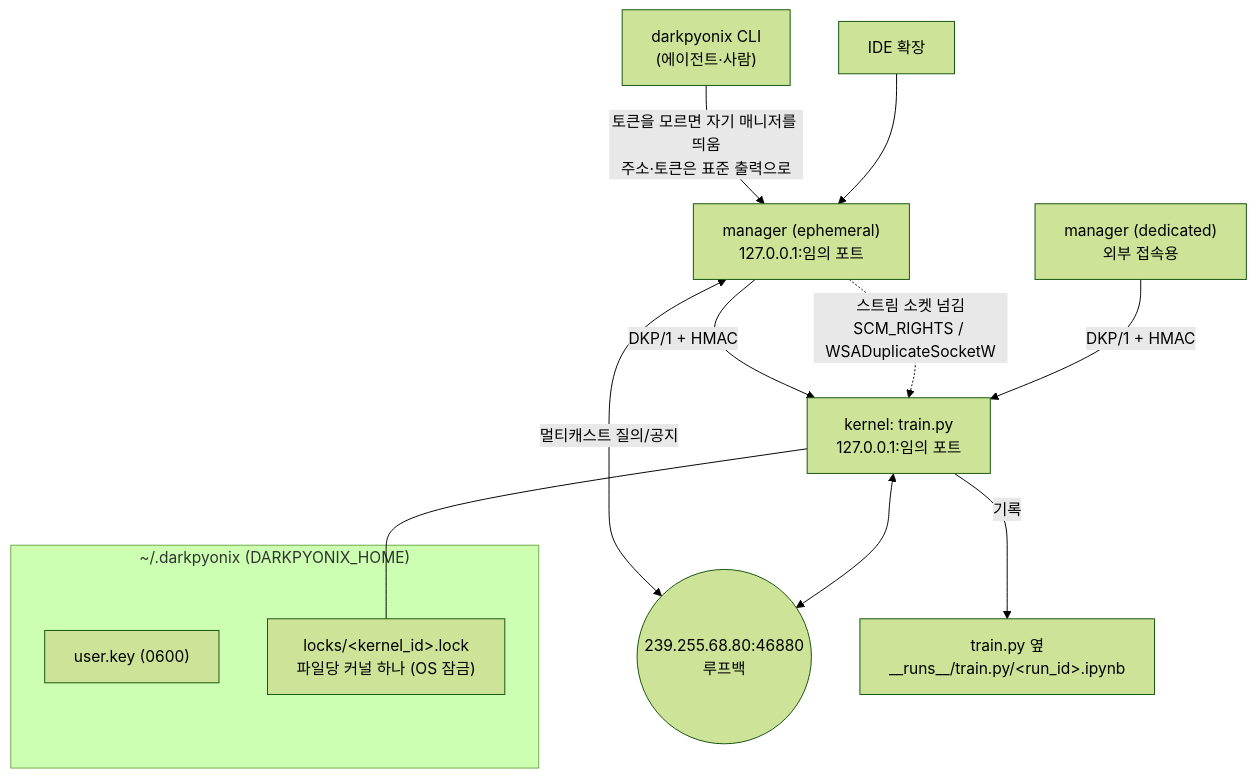
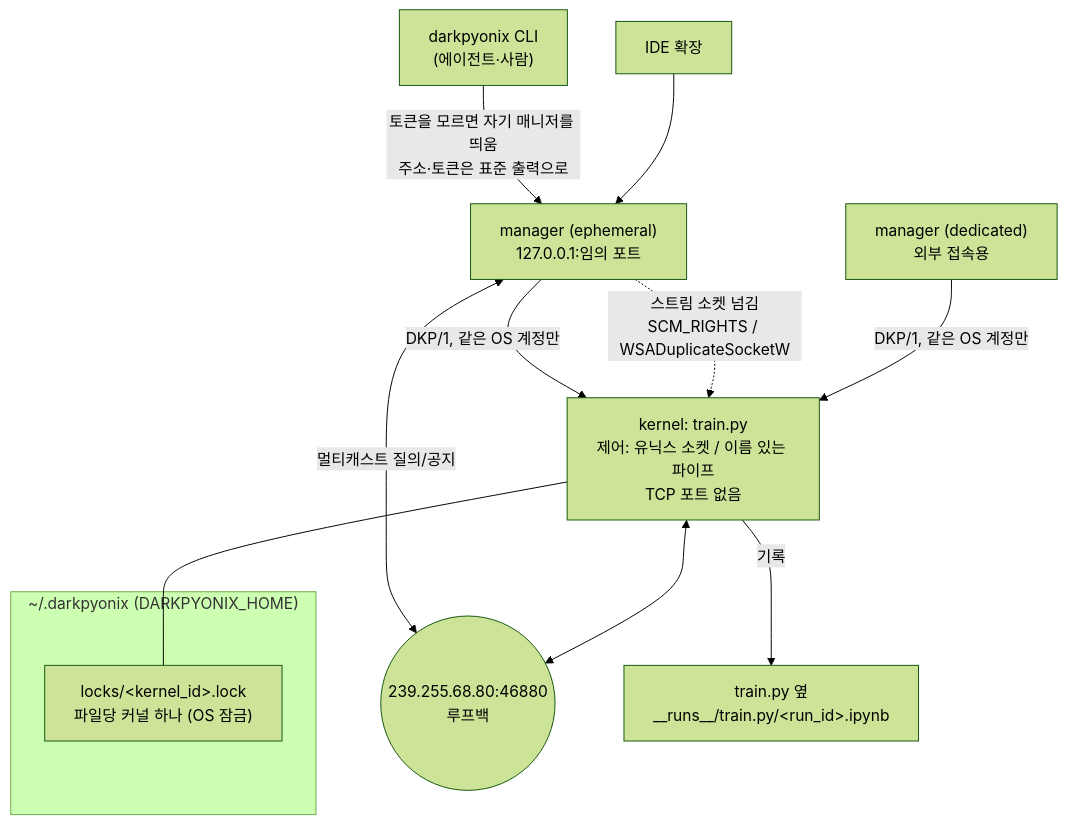
Before and after one commit to DarkPyonix/darkpyonix: the second of 6 diagrams in docs/ARCHITECTURE.md, drawn with Mermaid (forest theme). The commit also changed other lines of this file and 6 other files, not shown here.

````diff
--- a/docs/ARCHITECTURE.md
+++ b/docs/ARCHITECTURE.md
@@ -64,19 +64,18 @@
 ```mermaid
 flowchart TB
   subgraph Home["~/.darkpyonix  (DARKPYONIX_HOME)"]
-    KEY["user.key (0600)"]
     LOCK["locks/&lt;kernel_id&gt;.lock<br/>파일당 커널 하나 (OS 잠금)"]
   end
 
   CLI["darkpyonix CLI<br/>(에이전트·사람)"] -->|토큰을 모르면 자기 매니저를 띄움<br/>주소·토큰은 표준 출력으로| M1
   IDE2["IDE 확장"] --> M1
   M1["manager (ephemeral)<br/>127.0.0.1:임의 포트"]
   M2["manager (dedicated)<br/>외부 접속용"]
-  M1 -->|DKP/1 + HMAC| K["kernel: train.py<br/>127.0.0.1:임의 포트"]
+  M1 -->|DKP/1, 같은 OS 계정만| K["kernel: train.py<br/>제어: 유닉스 소켓 / 이름 있는 파이프<br/>TCP 포트 없음"]
   M1 -.->|스트림 소켓 넘김<br/>SCM_RIGHTS / WSADuplicateSocketW| K
-  M2 -->|DKP/1 + HMAC| K
+  M2 -->|DKP/1, 같은 OS 계정만| K
   M1 <-->|멀티캐스트 질의/공지| MC(("239.255.68.80:46880<br/>루프백"))
   K <--> MC
   K --- LOCK
   K -->|기록| RUNS["train.py 옆<br/>__runs__/train.py/&lt;run_id&gt;.ipynb"]
 ```
````
